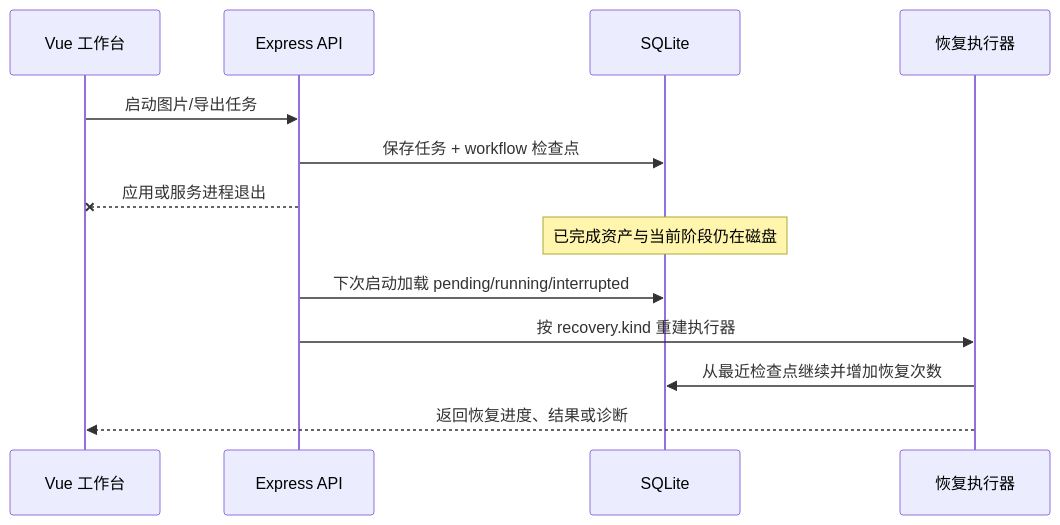
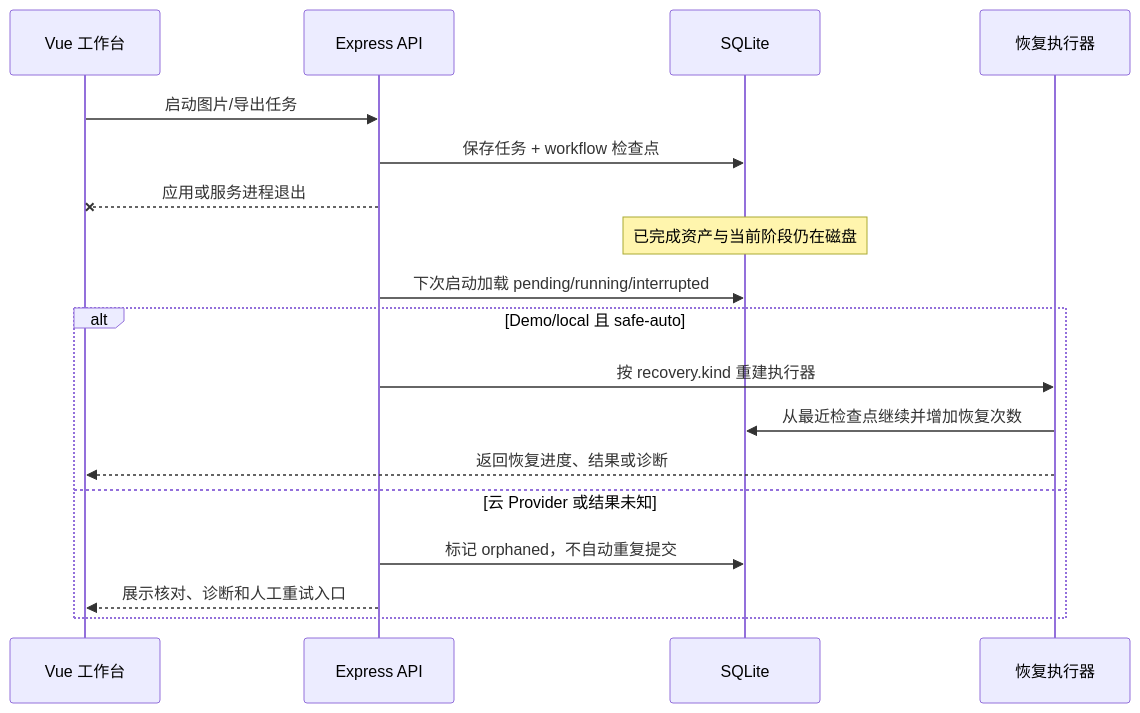
One commit to 728792899-create/aigc-video-platform changed the third of 6 diagrams in README.md. Above: the diagram before and after it, drawn with Mermaid. The commit also changed other lines of this file and 318 other files, not shown here.

````diff
--- a/README.md
+++ b/README.md
@@ -244,16 +244,21 @@
 ```mermaid
 sequenceDiagram
   participant UI as Vue 工作台
   participant API as Express API
   participant DB as SQLite
   participant Runner as 恢复执行器
 
   UI->>API: 启动图片/导出任务
   API->>DB: 保存任务 + workflow 检查点
   API--xUI: 应用或服务进程退出
   Note over DB: 已完成资产与当前阶段仍在磁盘
   API->>DB: 下次启动加载 pending/running/interrupted
-  API->>Runner: 按 recovery.kind 重建执行器
-  Runner->>DB: 从最近检查点继续并增加恢复次数
-  Runner-->>UI: 返回恢复进度、结果或诊断
+  alt Demo/local 且 safe-auto
+    API->>Runner: 按 recovery.kind 重建执行器
+    Runner->>DB: 从最近检查点继续并增加恢复次数
+    Runner-->>UI: 返回恢复进度、结果或诊断
+  else 云 Provider 或结果未知
+    API->>DB: 标记 orphaned，不自动重复提交
+    API-->>UI: 展示核对、诊断和人工重试入口
+  end
 ```
````
